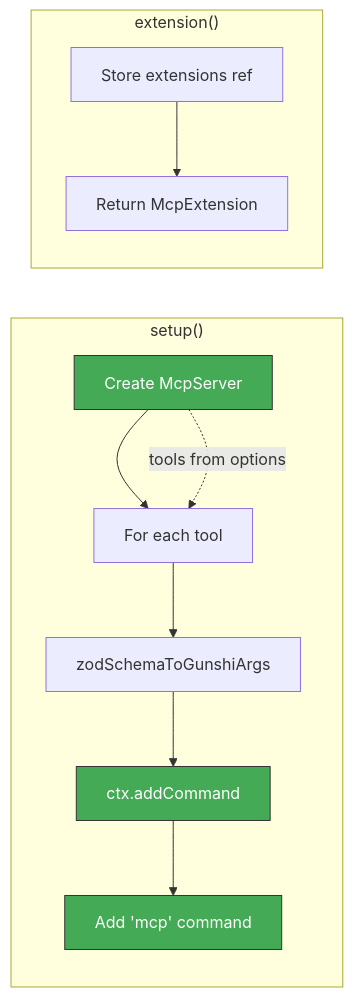
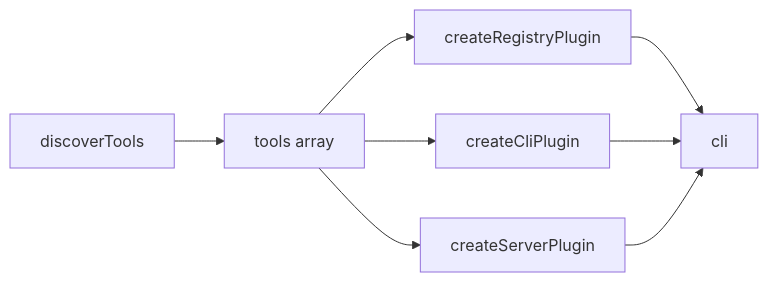
The fifth of 6 diagrams in doc/discovery/gunshi-lifecycle.md (rektide/gunshi-mcp), drawn with Mermaid before and after one commit. The commit also changed other lines of this file, not shown here.

First line of the commit message:
Rewrite gunshi-lifecycle.md with problem statement and solution options

````diff
--- a/doc/discovery/gunshi-lifecycle.md
+++ b/doc/discovery/gunshi-lifecycle.md
@@ -232,19 +244,8 @@
 ```mermaid
 flowchart LR
-    subgraph "setup()"
-        A[Create McpServer] --> B[For each tool]
-        B --> C[zodSchemaToGunshiArgs]
-        C --> D[ctx.addCommand]
-        D --> E[Add 'mcp' command]
-    end
-
-    subgraph "extension()"
-        F[Store extensions ref] --> G[Return McpExtension]
-    end
-
-    A -.->|tools from options| B
-
-    style A fill:#4a5,stroke:#333,color:#fff
-    style D fill:#4a5,stroke:#333,color:#fff
-    style E fill:#4a5,stroke:#333,color:#fff
+    A[discoverTools] --> B[tools array]
+    B --> C[createRegistryPlugin]
+    B --> D[createCliPlugin]
+    B --> E[createServerPlugin]
+    C & D & E --> F[cli]
 ```
````
